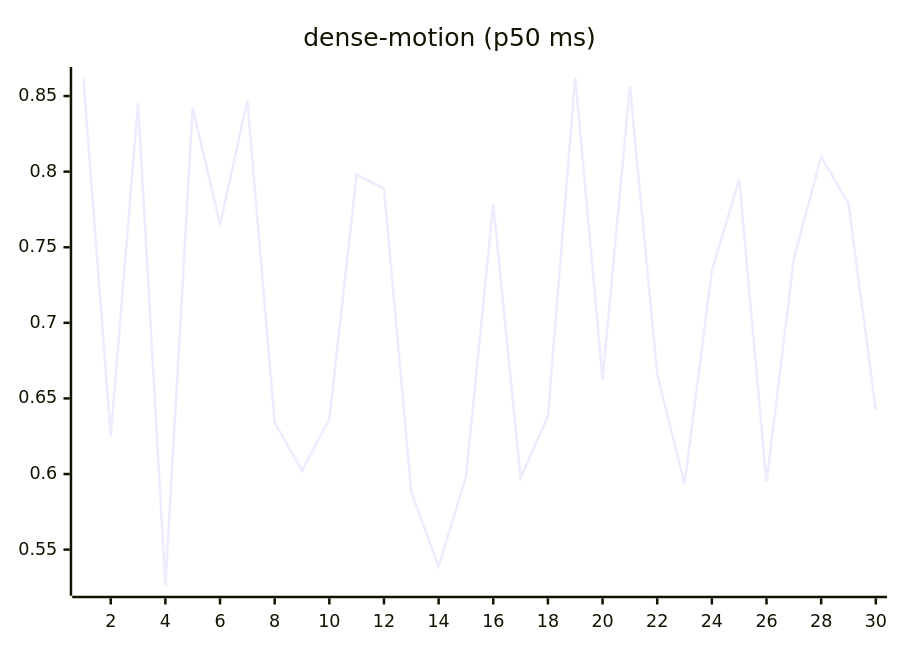
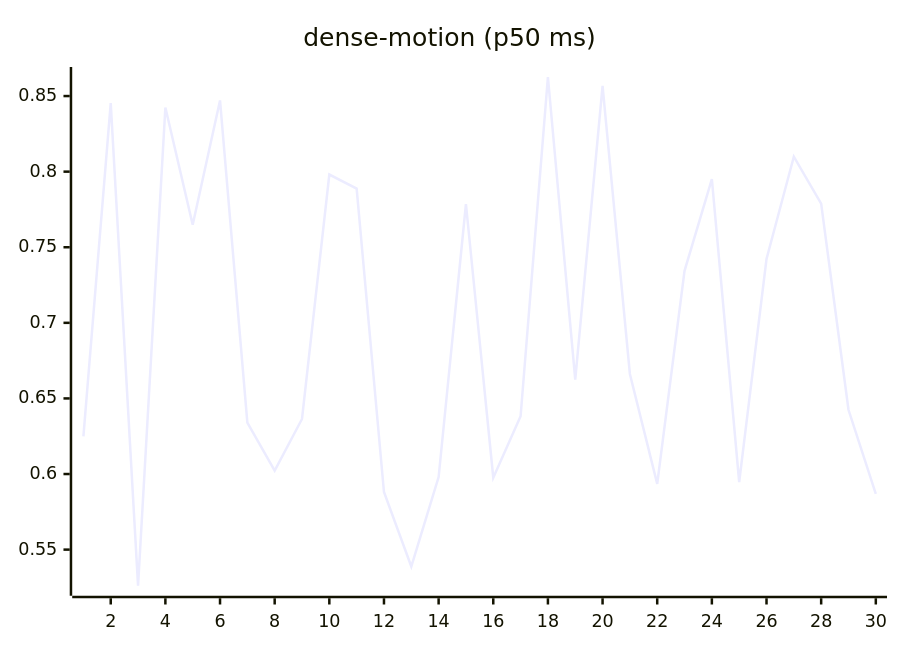
The ninth of 27 diagrams in README.md (josha/Facet), drawn with Mermaid before and after one commit. The commit also changed other lines of this file and 2 other files, not shown here.

````diff
--- a/README.md
+++ b/README.md
@@ -119,6 +119,6 @@
 ```mermaid
 xychart-beta
     title "dense-motion (p50 ms)"
     x-axis 1 --> 30
-    line [0.8616, 0.6249, 0.8453, 0.5261, 0.8424, 0.7649, 0.8471, 0.6340, 0.6023, 0.6364, 0.7981, 0.7888, 0.5881, 0.5388, 0.5980, 0.7785, 0.5976, 0.6382, 0.8626, 0.6624, 0.8567, 0.6662, 0.5935, 0.7344, 0.7951, 0.5946, 0.7422, 0.8099, 0.7789, 0.6425]
+    line [0.6249, 0.8453, 0.5261, 0.8424, 0.7649, 0.8471, 0.6340, 0.6023, 0.6364, 0.7981, 0.7888, 0.5881, 0.5388, 0.5980, 0.7785, 0.5976, 0.6382, 0.8626, 0.6624, 0.8567, 0.6662, 0.5935, 0.7344, 0.7951, 0.5946, 0.7422, 0.8099, 0.7789, 0.6425, 0.5869]
 ```
````
